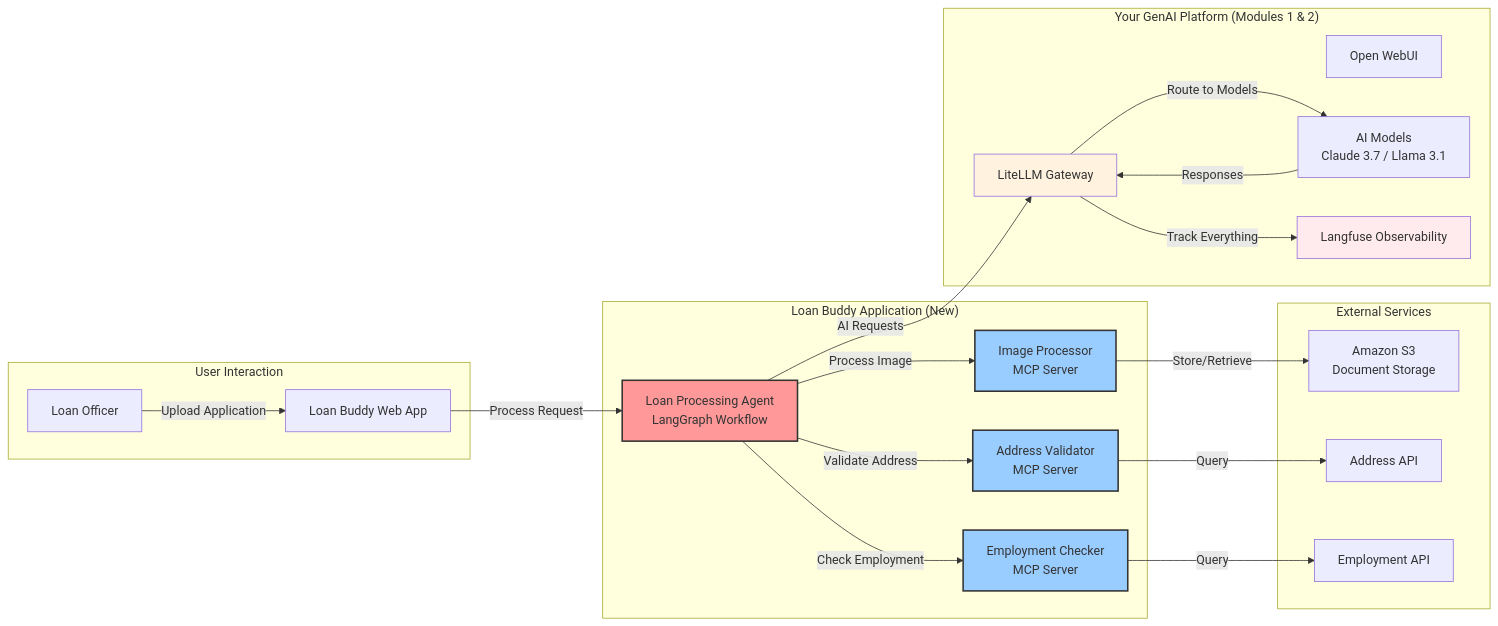
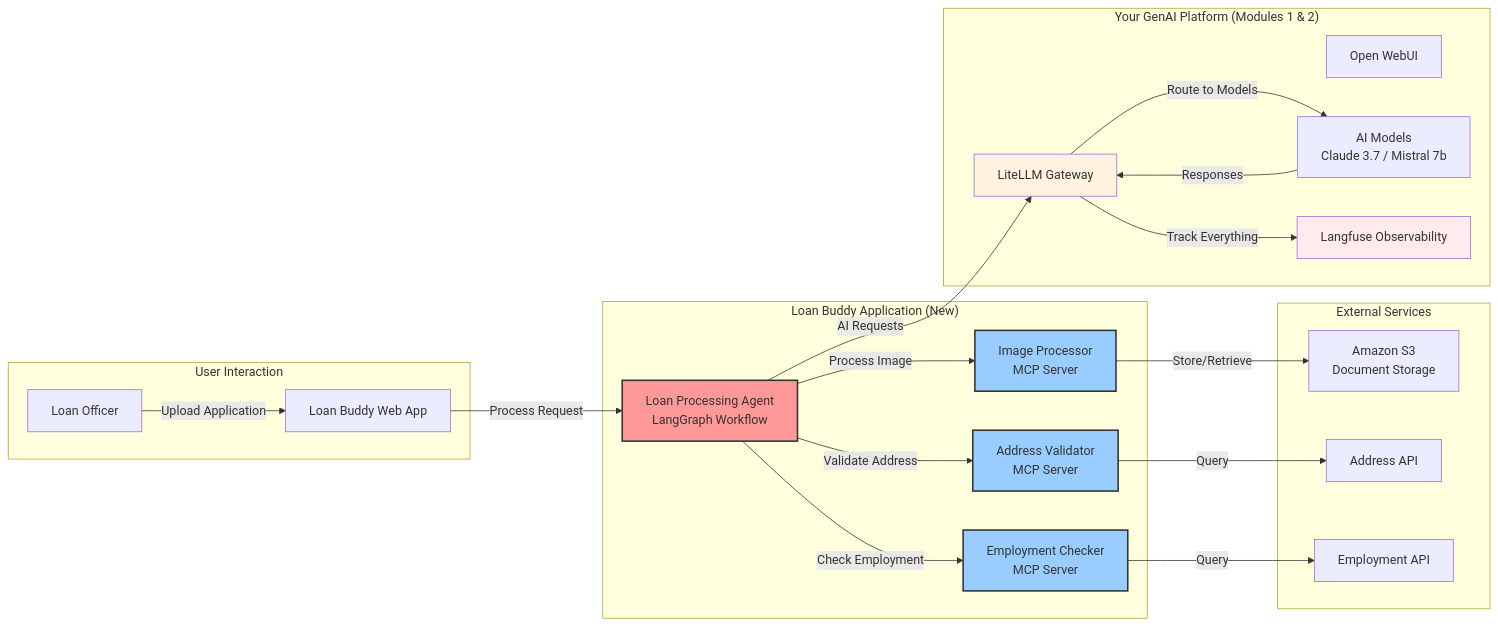
One commit to aws-samples/sample-genai-on-eks-starter-kit changed the diagram in workshops/eks-genai-workshop/content/module3-genai-applications/index.en.md. Above: the diagram before and after it, drawn with Mermaid. The commit also changed 20 other files, not shown here.

````diff
--- a/workshops/eks-genai-workshop/content/module3-genai-applications/index.en.md
+++ b/workshops/eks-genai-workshop/content/module3-genai-applications/index.en.md
@@ -26,50 +26,50 @@
 ```mermaid
 graph LR
     subgraph "User Interaction"
         USER[Loan Officer]
         APP[Loan Buddy Web App]
     end
     
     subgraph "Your GenAI Platform (Modules 1 & 2)"
         UI[Open WebUI]
         GATEWAY[LiteLLM Gateway]
-        MODELS[AI Models<br/>Claude 3.7 / Llama 3.1]
+        MODELS[AI Models<br/>Claude 3.7 / Mistral 7b]
         OBS[Langfuse Observability]
     end
     
     subgraph "Loan Buddy Application (New)"
         AGENT[Loan Processing Agent<br/>LangGraph Workflow]
         MCP1[Address Validator<br/>MCP Server]
         MCP2[Employment Checker<br/>MCP Server]
         MCP3[Image Processor<br/>MCP Server]
     end
     
     subgraph "External Services"
         S3[Amazon S3<br/>Document Storage]
         ADDR[Address API]
         EMP[Employment API]
     end
     
     USER -->|Upload Application| APP
     APP -->|Process Request| AGENT
     
     AGENT -->|AI Requests| GATEWAY
     GATEWAY -->|Route to Models| MODELS
     MODELS -->|Responses| GATEWAY
     GATEWAY -->|Track Everything| OBS
     
     AGENT -->|Validate Address| MCP1
     AGENT -->|Check Employment| MCP2
     AGENT -->|Process Image| MCP3
     
     MCP1 -->|Query| ADDR
     MCP2 -->|Query| EMP
     MCP3 -->|Store/Retrieve| S3
     
     style AGENT fill:#ff9999,stroke:#333,stroke-width:2px
     style MCP1 fill:#99ccff,stroke:#333,stroke-width:2px
     style MCP2 fill:#99ccff,stroke:#333,stroke-width:2px
     style MCP3 fill:#99ccff,stroke:#333,stroke-width:2px
     style GATEWAY fill:#fff3e0
     style OBS fill:#ffebee
 ```
````
